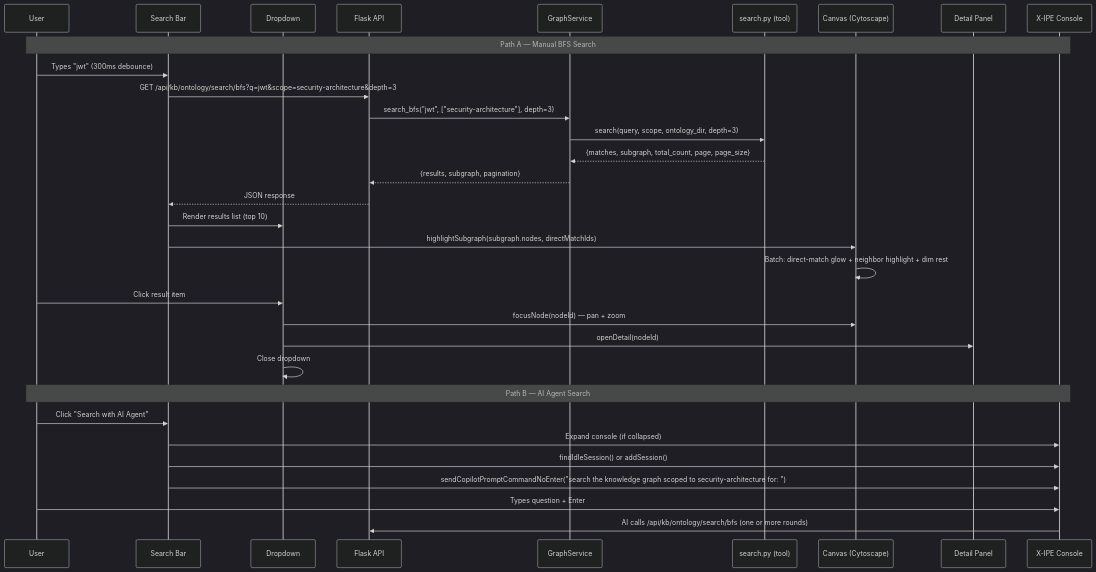
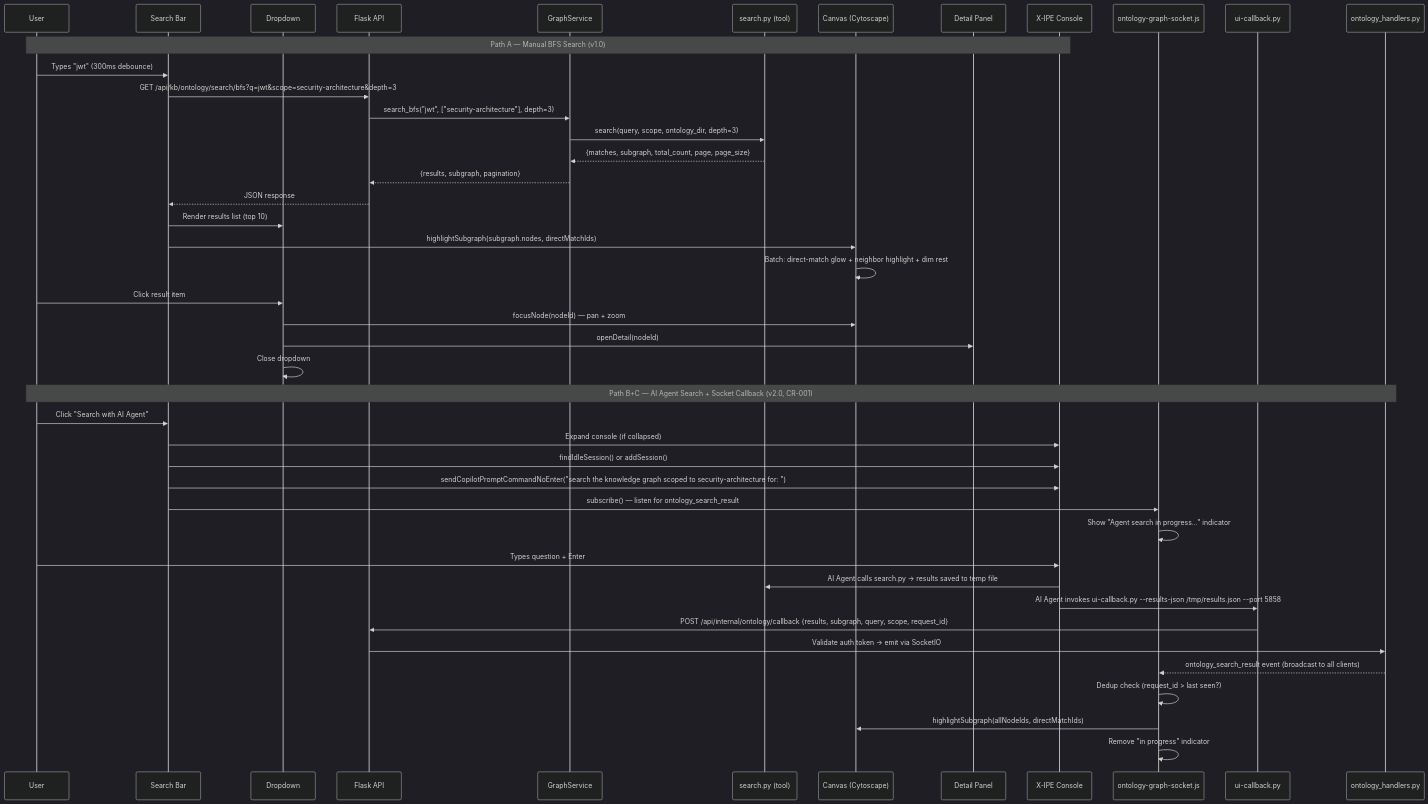
The first of 2 diagrams in x-ipe-docs/requirements/EPIC-058/FEATURE-058-F/technical-design.md (Young-Z/X-IPE), drawn with Mermaid (dark theme) before and after one commit. The commit also changed other lines of this file and 44 other files, not shown here.

First line of the commit message:
Ontology graph viewer, UI callbacks, knowledge extraction updates

````diff
--- a/x-ipe-docs/requirements/EPIC-058/FEATURE-058-F/technical-design.md
+++ b/x-ipe-docs/requirements/EPIC-058/FEATURE-058-F/technical-design.md
@@ -89,36 +122,48 @@
 ```mermaid
 sequenceDiagram
     participant U as User
     participant SB as Search Bar
     participant DD as Dropdown
     participant API as Flask API
     participant SVC as GraphService
     participant BFS as search.py (tool)
     participant CV as Canvas (Cytoscape)
     participant DP as Detail Panel
     participant CON as X-IPE Console
+    participant SK as ontology-graph-socket.js
+    participant CB as ui-callback.py
+    participant HND as ontology_handlers.py
 
-    Note over U,CON: Path A — Manual BFS Search
+    Note over U,CON: Path A — Manual BFS Search (v1.0)
     U->>SB: Types "jwt" (300ms debounce)
     SB->>API: GET /api/kb/ontology/search/bfs?q=jwt&scope=security-architecture&depth=3
     API->>SVC: search_bfs("jwt", ["security-architecture"], depth=3)
     SVC->>BFS: search(query, scope, ontology_dir, depth=3)
     BFS-->>SVC: {matches, subgraph, total_count, page, page_size}
     SVC-->>API: {results, subgraph, pagination}
     API-->>SB: JSON response
     SB->>DD: Render results list (top 10)
     SB->>CV: highlightSubgraph(subgraph.nodes, directMatchIds)
     CV->>CV: Batch: direct-match glow + neighbor highlight + dim rest
     U->>DD: Click result item
     DD->>CV: focusNode(nodeId) — pan + zoom
     DD->>DP: openDetail(nodeId)
     DD->>DD: Close dropdown
 
-    Note over U,CON: Path B — AI Agent Search
+    Note over U,HND: Path B+C — AI Agent Search + Socket Callback (v2.0, CR-001)
     U->>SB: Click "Search with AI Agent"
     SB->>CON: Expand console (if collapsed)
     SB->>CON: findIdleSession() or addSession()
     SB->>CON: sendCopilotPromptCommandNoEnter("search the knowledge graph scoped to security-architecture for: ")
+    SB->>SK: subscribe() — listen for ontology_search_result
+    SK->>SK: Show "Agent search in progress…" indicator
     U->>CON: Types question + Enter
-    CON->>API: AI calls /api/kb/ontology/search/bfs (one or more rounds)
+    CON->>BFS: AI Agent calls search.py → results saved to temp file
+    CON->>CB: AI Agent invokes ui-callback.py --results-json /tmp/results.json --port 5858
+    CB->>API: POST /api/internal/ontology/callback {results, subgraph, query, scope, request_id}
+    API->>HND: Validate auth token → emit via SocketIO
+    HND-->>SK: ontology_search_result event (broadcast to all clients)
+    SK->>SK: Dedup check (request_id > last seen?)
+    SK->>CV: highlightSubgraph(allNodeIds, directMatchIds)
+    SK->>SK: Remove "in progress" indicator
 ```
````
